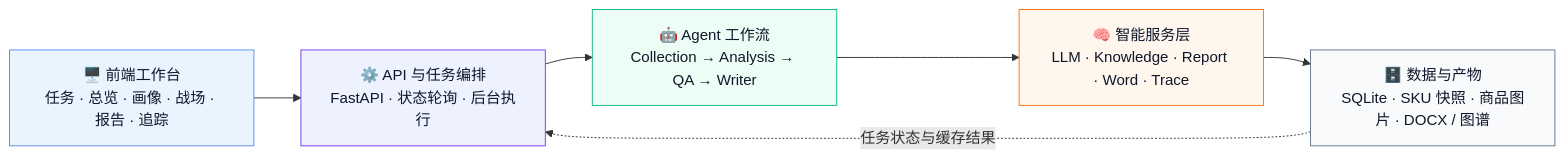
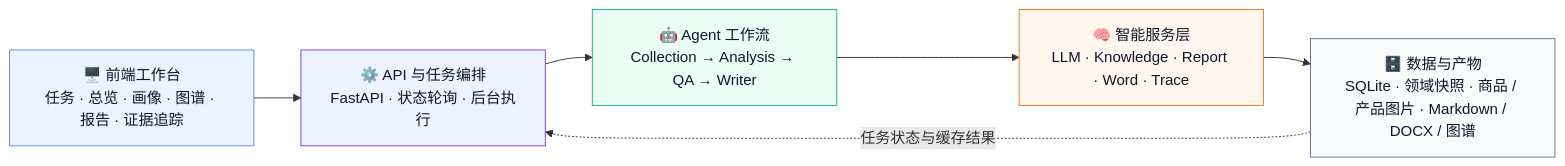
The second of 2 diagrams in README.md (Moonsqueaks/CompeteX-Agent), drawn with Mermaid before and after one commit. The commit also changed other lines of this file, not shown here.

````diff
--- a/README.md
+++ b/README.md
@@ -127,22 +128,22 @@
 ```mermaid
 flowchart LR
-    Workbench["🖥️ 前端工作台<br/>任务 · 总览 · 画像 · 战场 · 报告 · 追踪"]
+    Workbench["🖥️ 前端工作台<br/>任务 · 总览 · 画像 · 图谱 · 报告 · 证据追踪"]
     Orchestration["⚙️ API 与任务编排<br/>FastAPI · 状态轮询 · 后台执行"]
     Agents["🤖 Agent 工作流<br/>Collection → Analysis → QA → Writer"]
     Services["🧠 智能服务层<br/>LLM · Knowledge · Report · Word · Trace"]
-    Assets["🗄️ 数据与产物<br/>SQLite · SKU 快照 · 商品图片 · DOCX / 图谱"]
+    Assets["🗄️ 数据与产物<br/>SQLite · 领域快照 · 商品 / 产品图片 · Markdown / DOCX / 图谱"]
 
     Workbench --> Orchestration --> Agents --> Services --> Assets
     Assets -. 任务状态与缓存结果 .-> Orchestration
 
     classDef ui fill:#EAF4FF,stroke:#5B8DEF,stroke-width:1px,color:#0F172A;
     classDef api fill:#EEF2FF,stroke:#7C3AED,stroke-width:1px,color:#0F172A;
     classDef agent fill:#ECFDF5,stroke:#10B981,stroke-width:1px,color:#0F172A;
     classDef service fill:#FFF7ED,stroke:#F97316,stroke-width:1px,color:#0F172A;
     classDef data fill:#F8FAFC,stroke:#64748B,stroke-width:1px,color:#0F172A;
     class Workbench ui;
     class Orchestration api;
     class Agents agent;
     class Services service;
     class Assets data;
 ```
````
